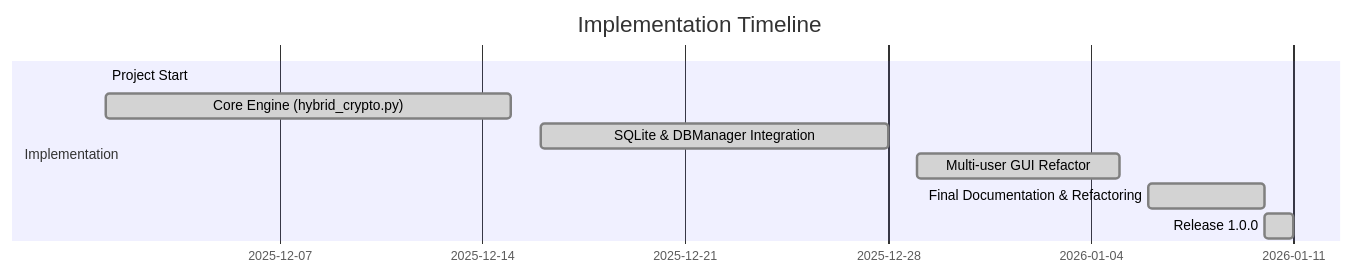
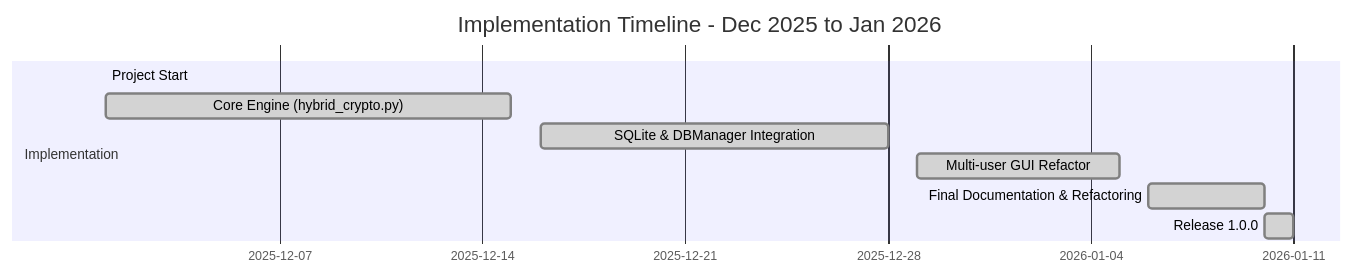
One commit to Layba-khan01/Hybrid-Cryptography-System changed the diagram in IMPLEMENTATION_SUMMARY.md. Above: the diagram before and after it, drawn with Mermaid. The commit also changed 1 other file, not shown here.

Commit message:
gantt chart (milestone) modified

````diff
--- a/IMPLEMENTATION_SUMMARY.md
+++ b/IMPLEMENTATION_SUMMARY.md
@@ -15,13 +15,13 @@
 ```mermaid
-%%{init: {'themeVariables': { 'primaryColor': '#333', 'primaryBorderColor': '#333', 'primaryTextColor': '#000000', 'secondaryTextColor': '#000000', 'tertiaryTextColor': '#000000', 'taskTextColor': '#ffffff', 'taskTextLightColor': '#ffffff', 'cScale0': '#333', 'cScale1': '#555' }}}%%
+%%{init: {'themeVariables': { 'primaryColor': '#2c3e50', 'primaryTextColor': '#ffffff', 'primaryBorderColor': '#000000', 'lineColor': '#34495e', 'secondBkgColor': '#34495e', 'secondTextColor': '#ffffff', 'tertiaryColor': '#3498db' }}}%%
 gantt
-  title Implementation Timeline
+  title Implementation Timeline - Dec 2025 to Jan 2026
   dateFormat  YYYY-MM-DD
   section Implementation
   Project Start                          :done, start, 2025-12-01, 2025-12-01
   Core Engine (hybrid_crypto.py)         :done, core, 2025-12-01, 2025-12-15
   SQLite & DBManager Integration         :done, db, 2025-12-16, 2025-12-28
   Multi-user GUI Refactor                :done, gui, 2025-12-29, 2026-01-05
   Final Documentation & Refactoring      :done, docs, 2026-01-06, 2026-01-10
-  Release 1.0.0                           :done, v1, 2026-01-10, 1d
+  Release 1.0.0                          :done, v1, 2026-01-10, 1d
 ```
````
